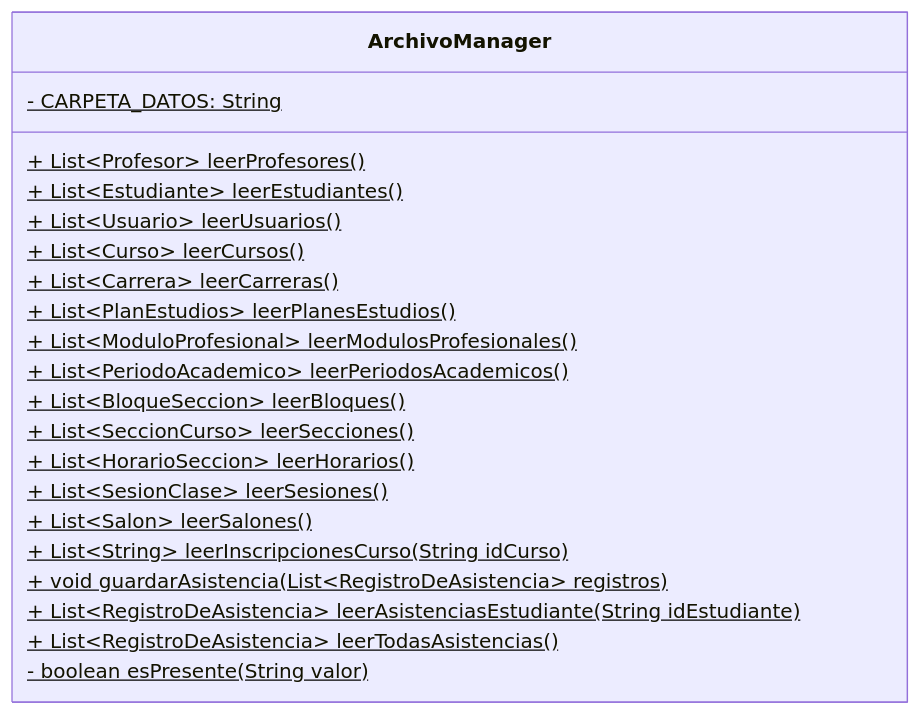
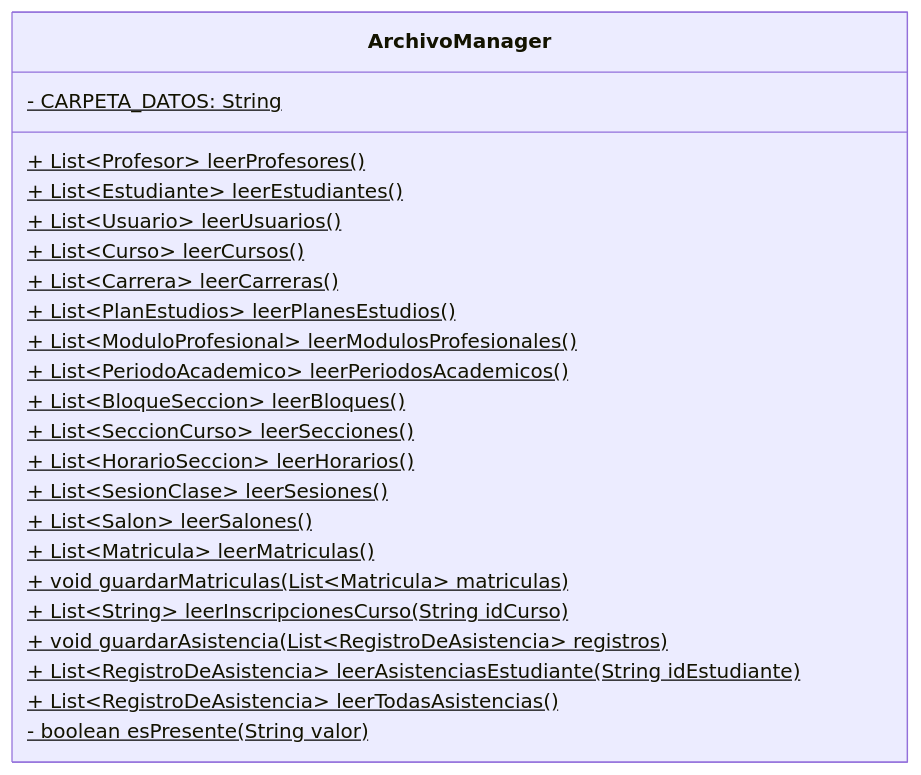
One commit to Aireck2/take-attendance-java changed the diagram in docs/storage/ArchivoManager.mmd. Above: the diagram before and after it, drawn with Mermaid. The commit also changed 14 other files, not shown here.

```diff
--- a/docs/storage/ArchivoManager.mmd
+++ b/docs/storage/ArchivoManager.mmd
@@ -1,22 +1,24 @@
 classDiagram
     class ArchivoManager {
         - CARPETA_DATOS: String$
         + List~Profesor~ leerProfesores()$
         + List~Estudiante~ leerEstudiantes()$
         + List~Usuario~ leerUsuarios()$
         + List~Curso~ leerCursos()$
         + List~Carrera~ leerCarreras()$
         + List~PlanEstudios~ leerPlanesEstudios()$
         + List~ModuloProfesional~ leerModulosProfesionales()$
         + List~PeriodoAcademico~ leerPeriodosAcademicos()$
         + List~BloqueSeccion~ leerBloques()$
         + List~SeccionCurso~ leerSecciones()$
         + List~HorarioSeccion~ leerHorarios()$
         + List~SesionClase~ leerSesiones()$
         + List~Salon~ leerSalones()$
+        + List~Matricula~ leerMatriculas()$
+        + void guardarMatriculas(List~Matricula~ matriculas)$
         + List~String~ leerInscripcionesCurso(String idCurso)$
         + void guardarAsistencia(List~RegistroDeAsistencia~ registros)$
         + List~RegistroDeAsistencia~ leerAsistenciasEstudiante(String idEstudiante)$
         + List~RegistroDeAsistencia~ leerTodasAsistencias()$
         - boolean esPresente(String valor)$
     }
```
